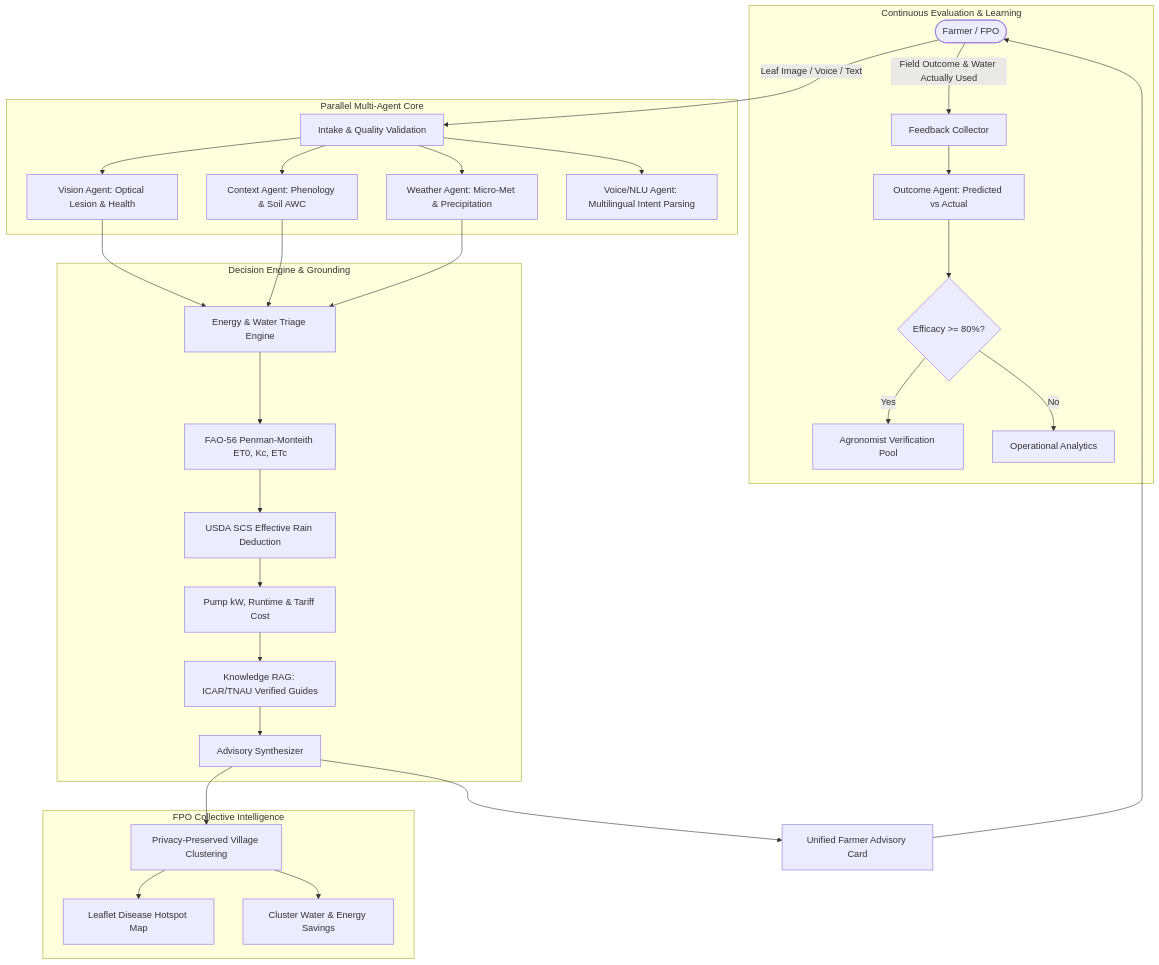
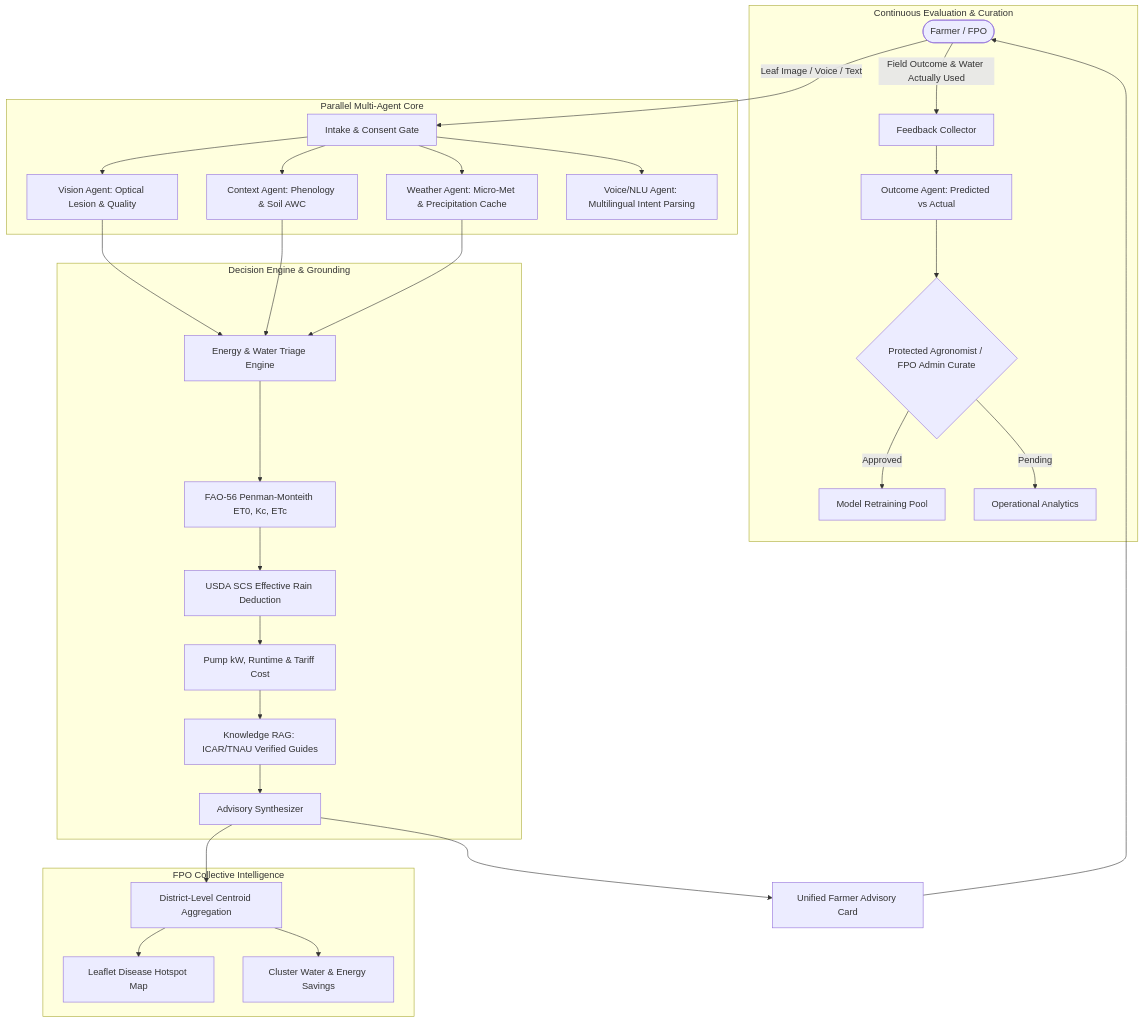
Before and after one commit to Sayandevxyz/AgriEdge: the diagram in README.md, drawn with Mermaid. The commit also changed other lines of this file and 28 other files, not shown here.

````diff
--- a/README.md
+++ b/README.md
@@ -28,40 +52,40 @@
 ```mermaid
 flowchart TD
-    Farmer([Farmer / FPO]) -->|Leaf Image / Voice / Text| Intake[Intake & Quality Validation]
+    Farmer([Farmer / FPO]) -->|Leaf Image / Voice / Text| Intake[Intake & Consent Gate]
     
     subgraph MultiAgentCore [Parallel Multi-Agent Core]
-        Intake --> VisionAgent[Vision Agent: Optical Lesion & Health]
+        Intake --> VisionAgent[Vision Agent: Optical Lesion & Quality]
         Intake --> ContextAgent[Context Agent: Phenology & Soil AWC]
-        Intake --> WeatherAgent[Weather Agent: Micro-Met & Precipitation]
+        Intake --> WeatherAgent[Weather Agent: Micro-Met & Precipitation Cache]
         Intake --> VoiceAgent[Voice/NLU Agent: Multilingual Intent Parsing]
     end
 
     VisionAgent --> TriageEngine[Energy & Water Triage Engine]
     ContextAgent --> TriageEngine
     WeatherAgent --> TriageEngine
     
     subgraph DecisionSynthesis [Decision Engine & Grounding]
         TriageEngine --> ETModel[FAO-56 Penman-Monteith ET0, Kc, ETc]
         ETModel --> RainDeduction[USDA SCS Effective Rain Deduction]
         RainDeduction --> PumpCalc[Pump kW, Runtime & Tariff Cost]
         PumpCalc --> RAGAgent[Knowledge RAG: ICAR/TNAU Verified Guides]
         RAGAgent --> AdvisorySynthesizer[Advisory Synthesizer]
     end
 
     AdvisorySynthesizer --> AdvisoryCard[Unified Farmer Advisory Card]
     AdvisoryCard --> Farmer
     
-    subgraph ContinuousFeedbackLoop [Continuous Evaluation & Learning]
+    subgraph ContinuousFeedbackLoop [Continuous Evaluation & Curation]
         Farmer -->|Field Outcome & Water Actually Used| FeedbackCollector[Feedback Collector]
         FeedbackCollector --> OutcomeAgent[Outcome Agent: Predicted vs Actual]
-        OutcomeAgent --> QualityCurator{Efficacy >= 80%?}
-        QualityCurator -->|Yes| CurationPool[Agronomist Verification Pool]
-        QualityCurator -->|No| TelemetryLogs[Operational Analytics]
+        OutcomeAgent --> AgronomistReview{Protected Agronomist / FPO Admin Curate}
+        AgronomistReview -->|Approved| CurationPool[Model Retraining Pool]
+        AgronomistReview -->|Pending| TelemetryLogs[Operational Analytics]
     end
 
     subgraph FPOIntelligence [FPO Collective Intelligence]
-        AdvisorySynthesizer --> SpatialAggregator[Privacy-Preserved Village Clustering]
+        AdvisorySynthesizer --> SpatialAggregator[District-Level Centroid Aggregation]
         SpatialAggregator --> DiseaseHotspotMap[Leaflet Disease Hotspot Map]
         SpatialAggregator --> RegionalTrends[Cluster Water & Energy Savings]
     end
 ```
````
